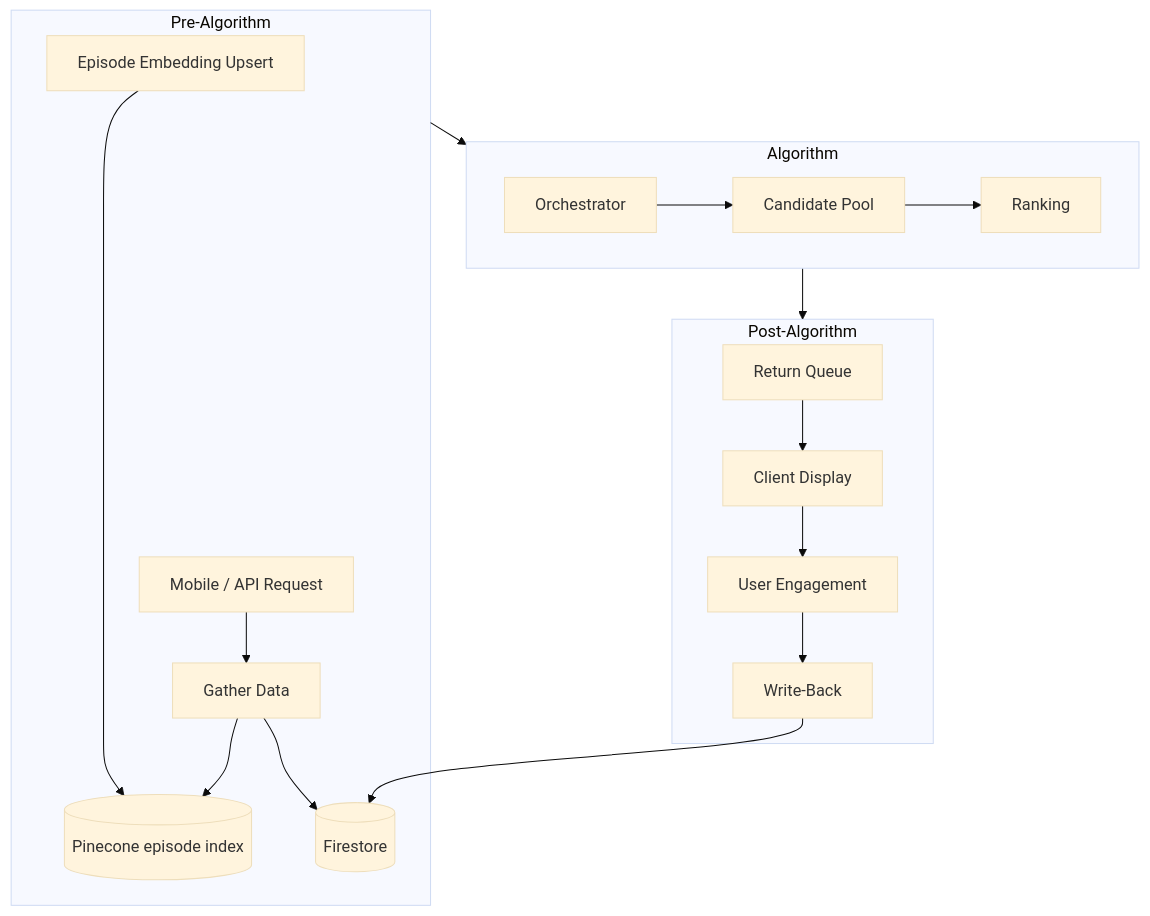
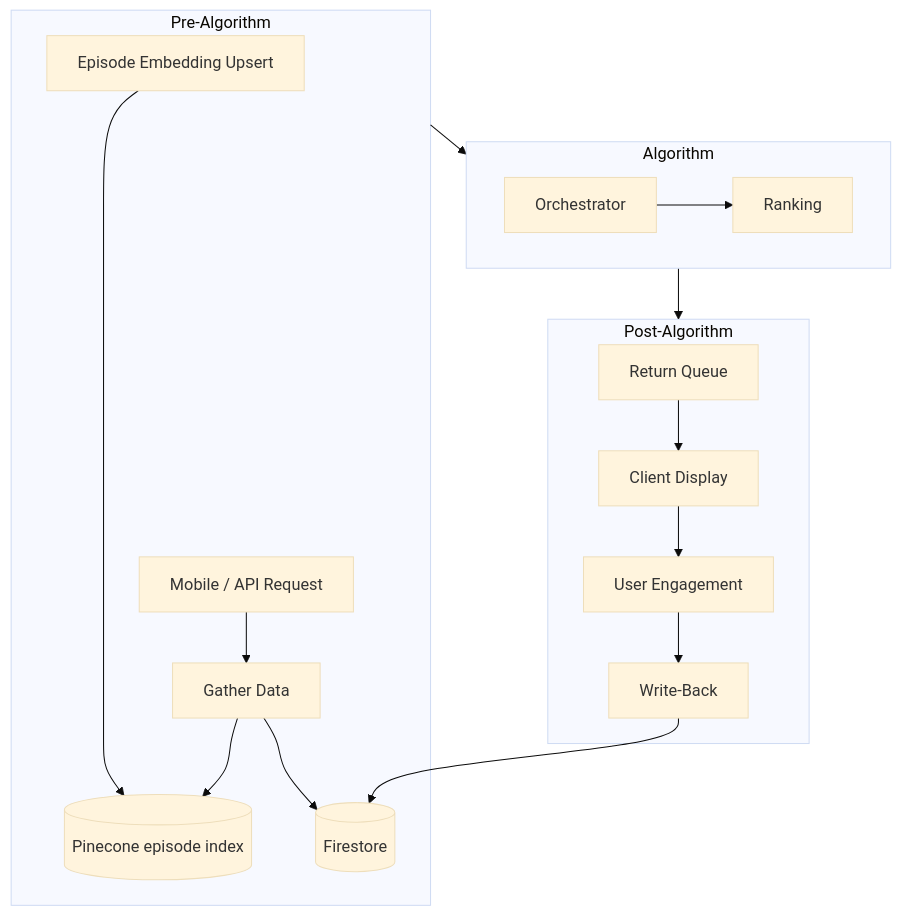
One commit to rohankatakam/ser_res changed the first of 2 diagrams in docs/END_TO_END_SYSTEM_DESIGN.md. Above: the diagram before and after it, drawn with Mermaid (base theme). The commit also changed other lines of this file, not shown here.

````diff
--- a/docs/END_TO_END_SYSTEM_DESIGN.md
+++ b/docs/END_TO_END_SYSTEM_DESIGN.md
@@ -38,32 +38,31 @@
 ```mermaid
 flowchart TB
   subgraph pre [Pre-Algorithm]
     Embed[Episode Embedding Upsert]
     Req[Mobile / API Request]
     Gather[Gather Data]
     Req --> Gather
     Embed --> PineconeFY[(Pinecone episode index)]
     Gather --> Firestore[(Firestore)]
     Gather --> PineconeFY
   end
 
   subgraph algo [Algorithm]
     Orch[Orchestrator]
-    CandidatePool[Candidate Pool]
     Ranking[Ranking]
-    Orch --> CandidatePool --> Ranking
+    Orch --> Ranking
   end
 
   subgraph post [Post-Algorithm]
     Return[Return Queue]
     Display[Client Display]
     Engage[User Engagement]
     WriteBack[Write-Back]
     Return --> Display
     Display --> Engage
     Engage --> WriteBack
     WriteBack --> Firestore
   end
 
   pre --> algo --> post
 ```
````
